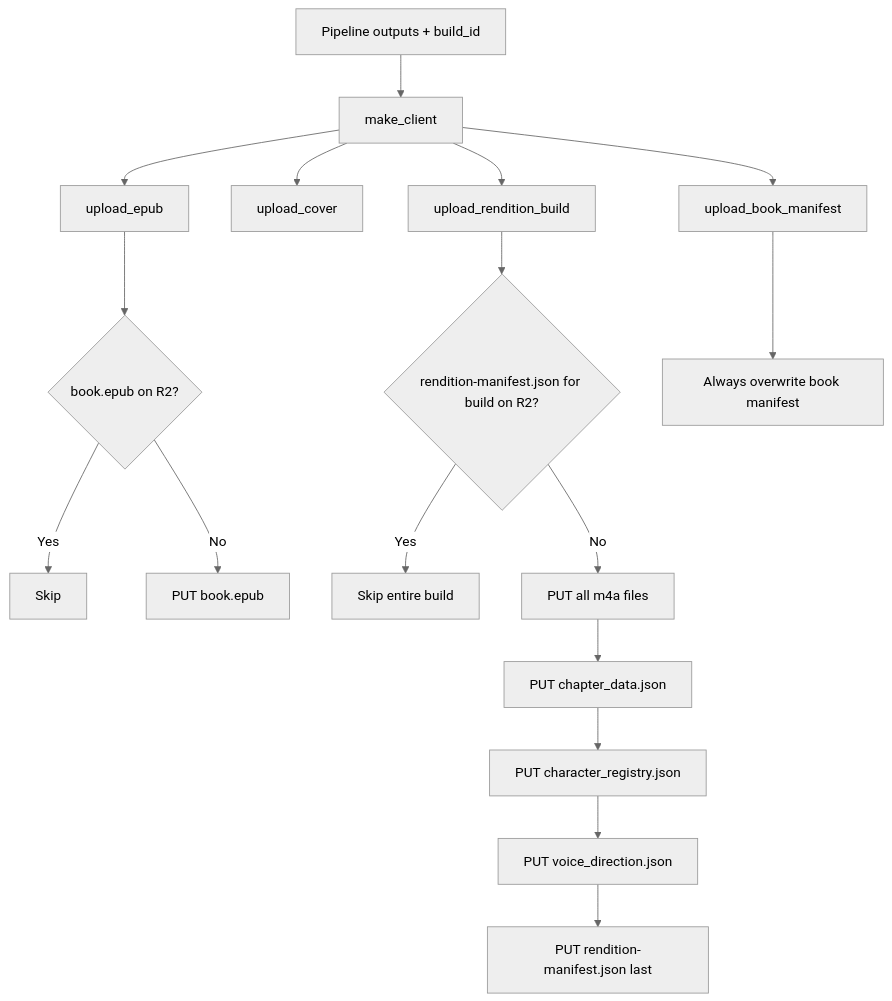
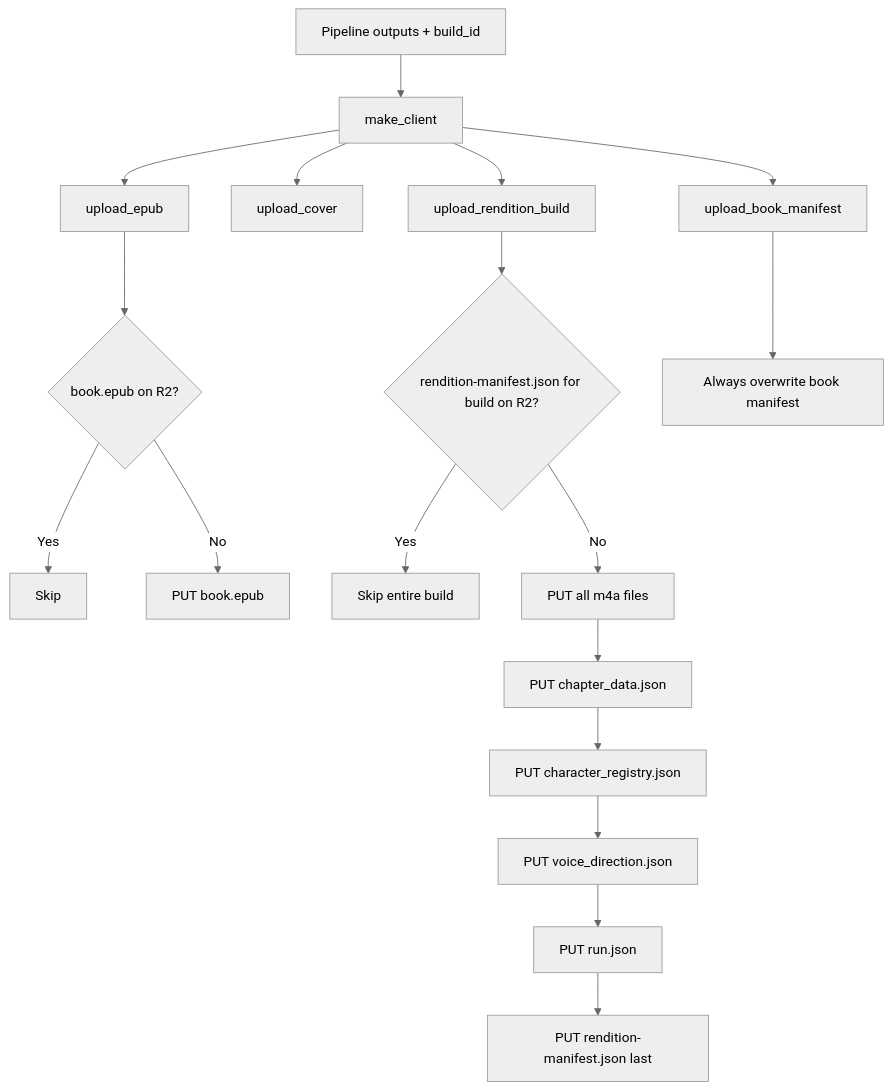
The diagram in pipeline/docs/step6-r2.md (jkoeh/openshelf), drawn with Mermaid (neutral theme) before and after one commit. The commit also changed other lines of this file and 28 other files, not shown here.

````diff
--- a/pipeline/docs/step6-r2.md
+++ b/pipeline/docs/step6-r2.md
@@ -10,22 +10,23 @@
 ```mermaid
 graph TD
     A[Pipeline outputs + build_id] --> B[make_client]
     B --> C[upload_epub]
     B --> D[upload_cover]
     B --> E[upload_rendition_build]
     B --> H[upload_book_manifest]
 
     C --> C1{book.epub on R2?}
     C1 -->|Yes| C2[Skip]
     C1 -->|No| C3[PUT book.epub]
 
     E --> E1{rendition-manifest.json for build on R2?}
     E1 -->|Yes| E2[Skip entire build]
     E1 -->|No| E3[PUT all m4a files]
     E3 --> E4[PUT chapter_data.json]
     E4 --> E4A[PUT character_registry.json]
     E4A --> E4B[PUT voice_direction.json]
-    E4B --> E5[PUT rendition-manifest.json last]
+    E4B --> E4C[PUT run.json]
+    E4C --> E5[PUT rendition-manifest.json last]
 
     H --> H1[Always overwrite book manifest]
 ```
````
